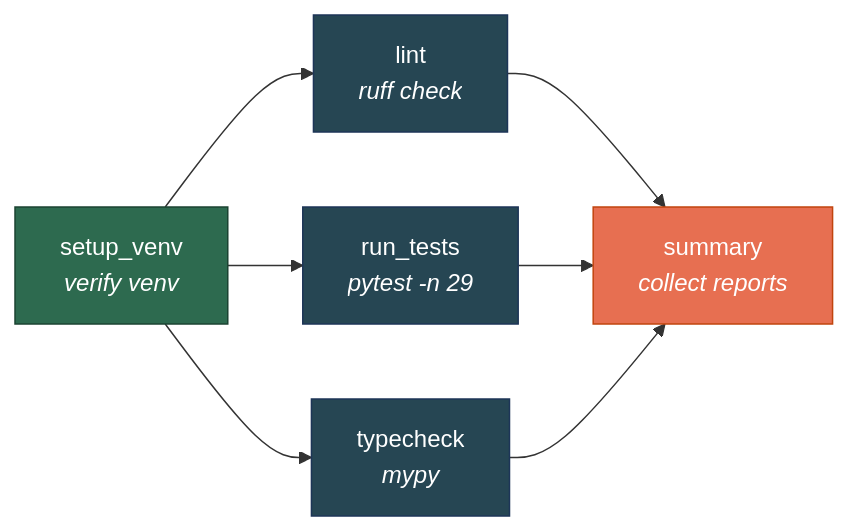
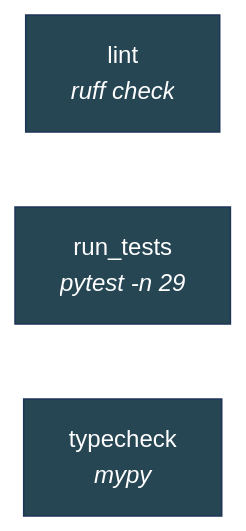
Before and after one commit to progovoy/vmn: the second of 2 diagrams in ci/README.md, drawn with Mermaid. The commit also changed other lines of this file and 1 other file, not shown here.

First line of the commit message:
ci: simplify pipeline to three parallel stages via ctx.run

````diff
--- a/ci/README.md
+++ b/ci/README.md
@@ -46,21 +46,10 @@
 ```mermaid
 graph LR
-    setup_venv["setup_venv<br/><i>verify venv</i>"]
     lint["lint<br/><i>ruff check</i>"]
     run_tests["run_tests<br/><i>pytest -n 29</i>"]
     typecheck["typecheck<br/><i>mypy</i>"]
-    summary["summary<br/><i>collect reports</i>"]
 
-    setup_venv --> lint
-    setup_venv --> run_tests
-    setup_venv --> typecheck
-    lint --> summary
-    run_tests --> summary
-    typecheck --> summary
-
-    style setup_venv fill:#2d6a4f,stroke:#1b4332,color:#fff
     style lint fill:#264653,stroke:#1d3557,color:#fff
     style run_tests fill:#264653,stroke:#1d3557,color:#fff
     style typecheck fill:#264653,stroke:#1d3557,color:#fff
-    style summary fill:#e76f51,stroke:#c1440e,color:#fff
 ```
````
